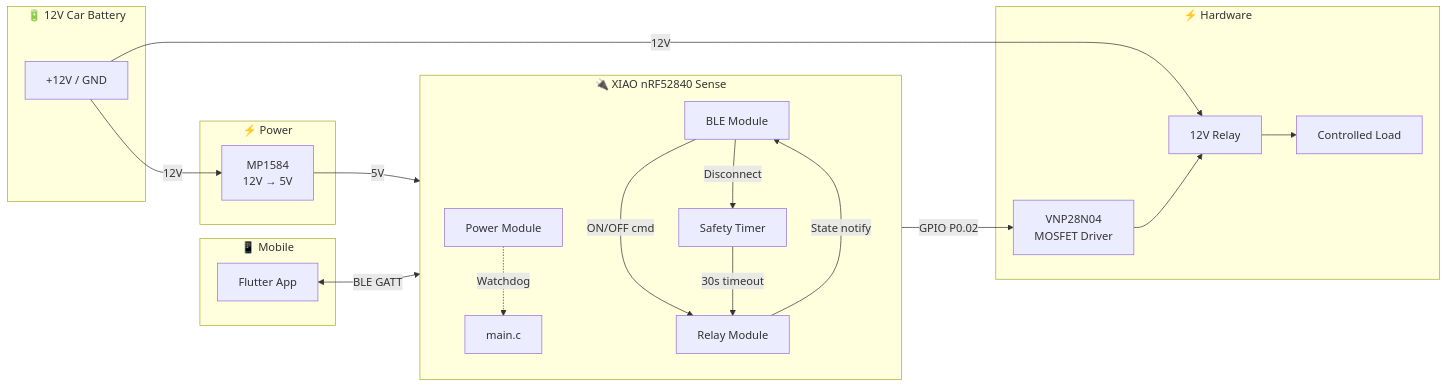
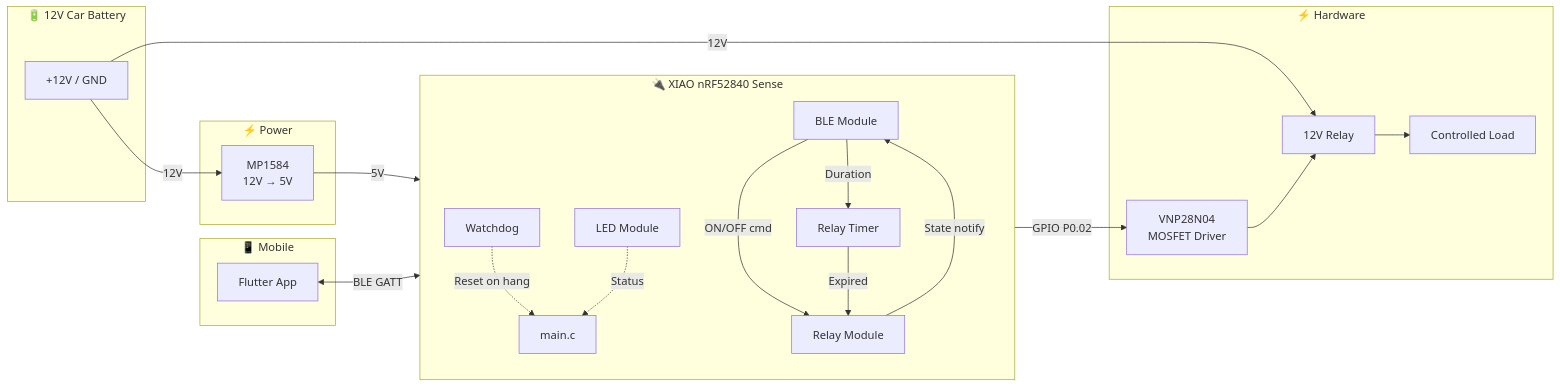
Before and after one commit to vabarcaPWR/xiao-remote-button: the first of 3 diagrams in docs/architecture-firmware.md, drawn with Mermaid. The commit also changed other lines of this file and 1 other file, not shown here.

````diff
--- a/docs/architecture-firmware.md
+++ b/docs/architecture-firmware.md
@@ -12,42 +12,44 @@
 ```mermaid
 graph LR
     subgraph "🔋 12V Car Battery"
         BAT["+12V / GND"]
     end
 
     subgraph "📱 Mobile"
         APP[Flutter App]
     end
 
     subgraph "⚡ Power"
         BUCK[MP1584<br/>12V → 5V]
     end
 
     subgraph "🔌 XIAO nRF52840 Sense"
         direction TB
         MAIN[main.c]
         BLE[BLE Module]
         RELAY[Relay Module]
-        POWER[Power Module]
-        TIMER[Safety Timer]
+        LED[LED Module]
+        TIMER[Relay Timer]
+        WDT[Watchdog]
     end
 
     subgraph "⚡ Hardware"
         MOSFET[VNP28N04<br/>MOSFET Driver]
         RLY[12V Relay]
         LOAD[Controlled Load]
     end
 
     BAT -->|12V| BUCK
     BUCK -->|5V| MAIN
     BAT -->|12V| RLY
     APP <-->|BLE GATT| BLE
     BLE -->|ON/OFF cmd| RELAY
-    BLE -->|Disconnect| TIMER
-    TIMER -->|30s timeout| RELAY
+    BLE -->|Duration| TIMER
+    TIMER -->|Expired| RELAY
     RELAY -->|GPIO P0.02| MOSFET
     MOSFET --> RLY
     RLY --> LOAD
-    POWER -.->|Watchdog| MAIN
+    WDT -.->|Reset on hang| MAIN
     RELAY -->|State notify| BLE
+    LED -.->|Status| MAIN
 ```
````
